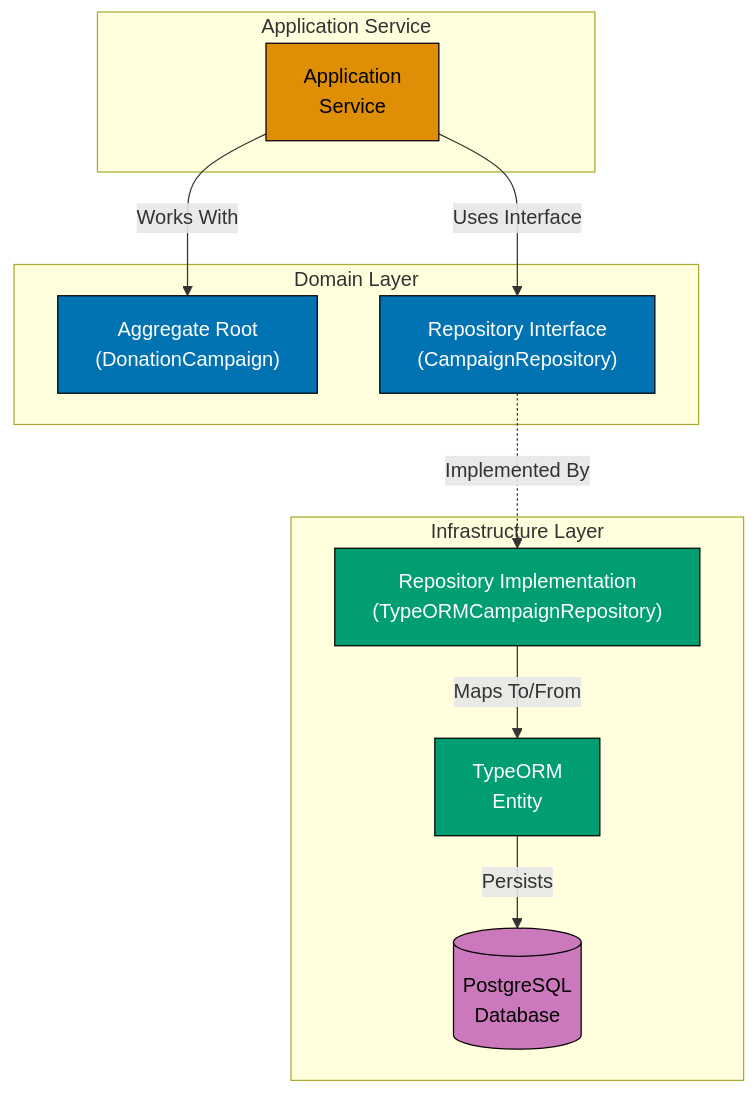
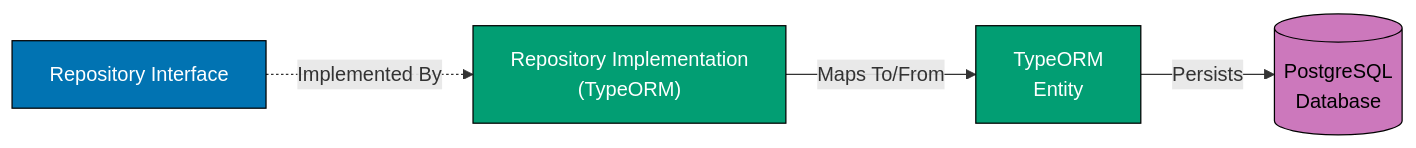
Before and after one commit to wahidyankf/ose-primer: the fifth of 6 diagrams in docs/explanation/software-engineering/programming-languages/typescript/domain-driven-design.md, drawn with Mermaid. The commit also changed other lines of this file and 16 other files, not shown here.

Commit message:
fix(docs): fix mermaid violations in typescript/ docs (batch 1/10)

````diff
--- a/docs/explanation/software-engineering/programming-languages/typescript/domain-driven-design.md
+++ b/docs/explanation/software-engineering/programming-languages/typescript/domain-driven-design.md
@@ -915,31 +935,18 @@
 ```mermaid
 %% Color Palette: Blue #0173B2, Orange #DE8F05, Teal #029E73, Purple #CC78BC
 %% All colors are color-blind friendly and meet WCAG AA contrast standards
 
-graph TD
-    subgraph Domain["Domain Layer"]
-        Agg["Aggregate Root<br/>(DonationCampaign)"]:::blue
-        RepIntf["Repository Interface<br/>(CampaignRepository)"]:::blue
-    end
+graph LR
+    RepIntf["Repository Interface"]:::blue
+    RepImpl["Repository Implementation<br/>(TypeORM)"]:::teal
+    ORM["TypeORM<br/>Entity"]:::teal
+    DB[("PostgreSQL<br/>Database")]:::purple
 
-    subgraph Application["Application Service"]
-        Svc["Application<br/>Service"]:::orange
-    end
-
-    subgraph Infrastructure["Infrastructure Layer"]
-        RepImpl["Repository Implementation<br/>(TypeORMCampaignRepository)"]:::teal
-        ORM["TypeORM<br/>Entity"]:::teal
-        DB[("PostgreSQL<br/>Database")]:::purple
-    end
-
-    Svc -->|"Uses Interface"| RepIntf
-    Svc -->|"Works With"| Agg
     RepIntf -.->|"Implemented By"| RepImpl
     RepImpl -->|"Maps To/From"| ORM
     ORM -->|"Persists"| DB
 
     classDef blue fill:#0173B2,stroke:#000,color:#fff
-    classDef orange fill:#DE8F05,stroke:#000,color:#000
     classDef teal fill:#029E73,stroke:#000,color:#fff
     classDef purple fill:#CC78BC,stroke:#000,color:#000
 ```
````
